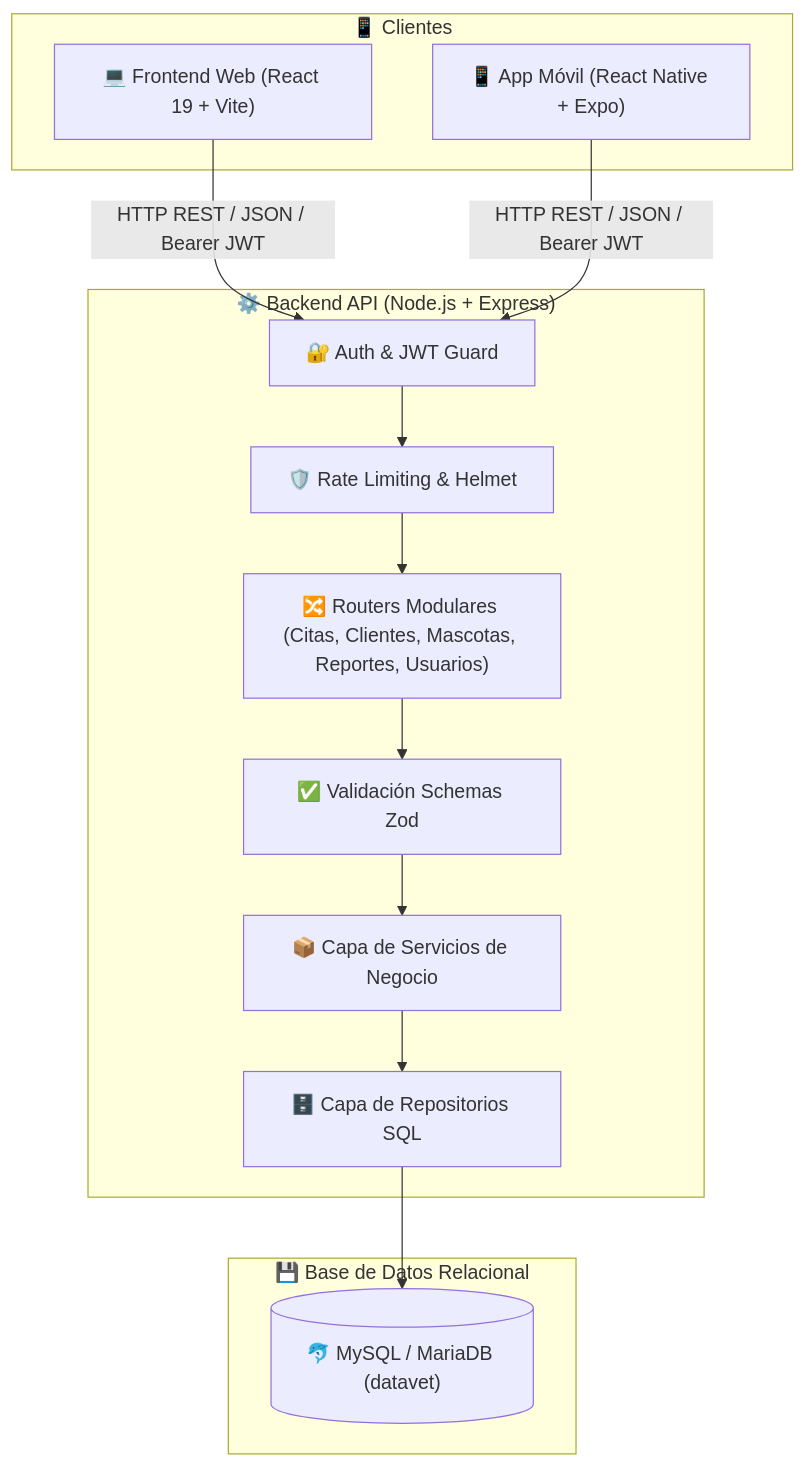
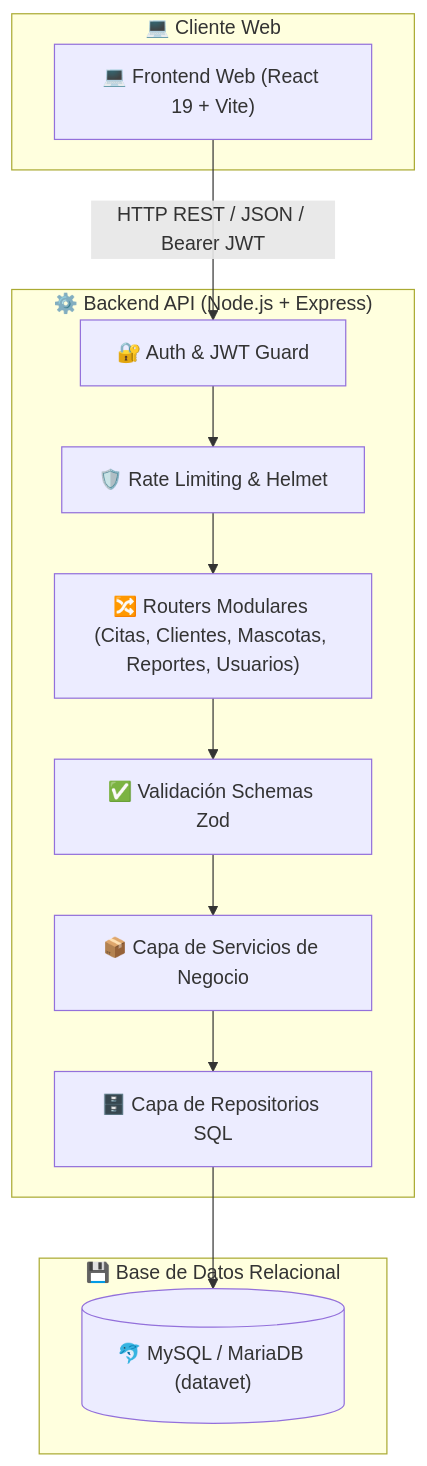
Before and after one commit to JuanTorres05/veterinaria: the diagram in README.md, drawn with Mermaid. The commit also changed other lines of this file and 32 other files, not shown here.

````diff
--- a/README.md
+++ b/README.md
@@ -36,24 +35,22 @@
 ```mermaid
 flowchart TD
-    subgraph Clientes ["📱 Clientes"]
+    subgraph Cliente ["💻 Cliente Web"]
         WEB["💻 Frontend Web (React 19 + Vite)"]
-        MOB["📱 App Móvil (React Native + Expo)"]
     end
 
     subgraph Backend ["⚙️ Backend API (Node.js + Express)"]
         AUTH["🔐 Auth & JWT Guard"]
         RATE["🛡️ Rate Limiting & Helmet"]
         ROUTERS["🔀 Routers Modulares (Citas, Clientes, Mascotas, Reportes, Usuarios)"]
         ZOD["✅ Validación Schemas Zod"]
         SERVICE["📦 Capa de Servicios de Negocio"]
         REPO["🗄️ Capa de Repositorios SQL"]
     end
 
     subgraph Persistencia ["💾 Base de Datos Relacional"]
         DB[("🐬 MySQL / MariaDB (datavet)")]
     end
 
     WEB -->|HTTP REST / JSON / Bearer JWT| AUTH
-    MOB -->|HTTP REST / JSON / Bearer JWT| AUTH
     AUTH --> RATE --> ROUTERS --> ZOD --> SERVICE --> REPO --> DB
 ```
````
